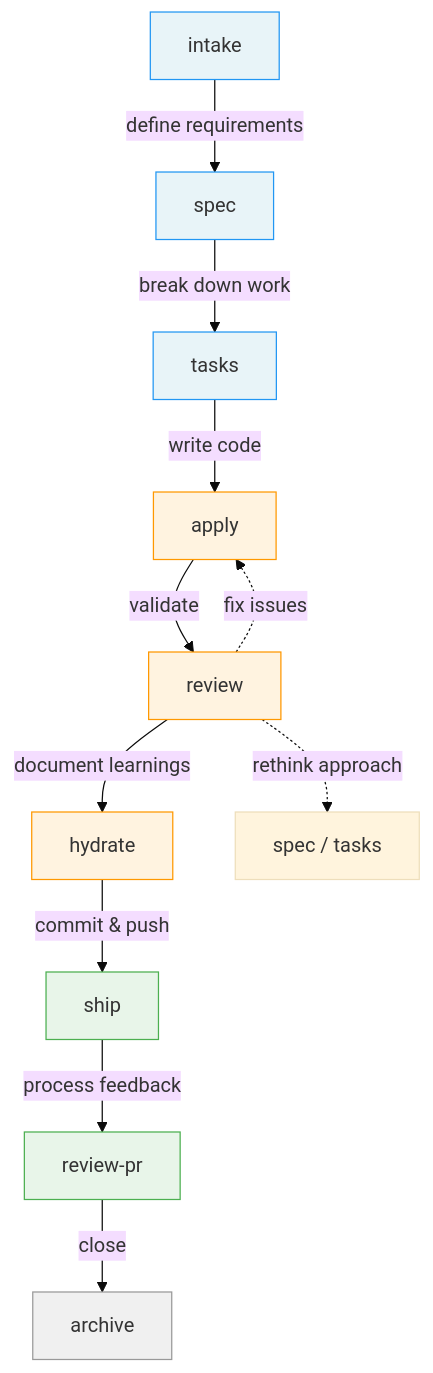
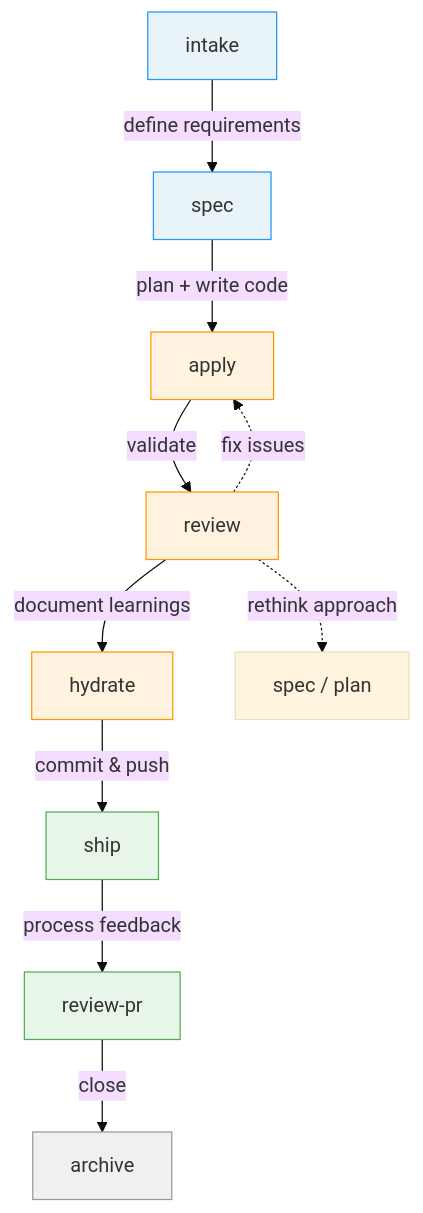
The first of 4 diagrams in docs/specs/user-flow.md (sahil87/fab-kit), drawn with Mermaid (base theme) before and after one commit. The commit also changed other lines of this file and 66 other files, not shown here.

First line of the commit message:
fix: collapse tasks stage; merge tasks.md + checklist.md into plan.md

````diff
--- a/docs/specs/user-flow.md
+++ b/docs/specs/user-flow.md
@@ -11,26 +11,24 @@
 ```mermaid
 flowchart TD
     B[intake] -->|"define requirements"| S[spec]
-    S -->|"break down work"| T[tasks]
-    T -->|"write code"| A[apply]
+    S -->|"plan + write code"| A[apply]
     A -->|"validate"| R[review]
     R -->|"document learnings"| H[hydrate]
     H -->|"commit & push"| SH[ship]
     SH -->|"process feedback"| RP[review-pr]
     RP -->|"close"| AR[archive]
 
     %% Rework
     R -.->|"fix issues"| A
-    R -.->|"rethink approach"| REWORK["spec / tasks"]
+    R -.->|"rethink approach"| REWORK["spec / plan"]
 
     %% Styles
     style B fill:#e8f4f8,stroke:#2196F3
     style S fill:#e8f4f8,stroke:#2196F3
-    style T fill:#e8f4f8,stroke:#2196F3
     style A fill:#fff3e0,stroke:#FF9800
     style R fill:#fff3e0,stroke:#FF9800
     style H fill:#fff3e0,stroke:#FF9800
     style SH fill:#e8f5e9,stroke:#4CAF50
     style RP fill:#e8f5e9,stroke:#4CAF50
     style AR fill:#f0f0f0,stroke:#999
 ```
````
